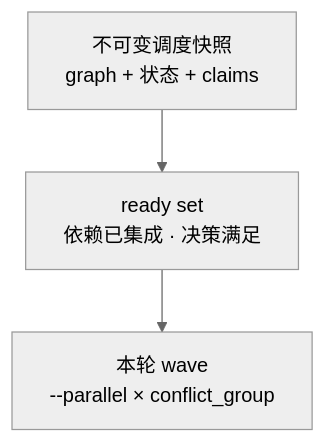
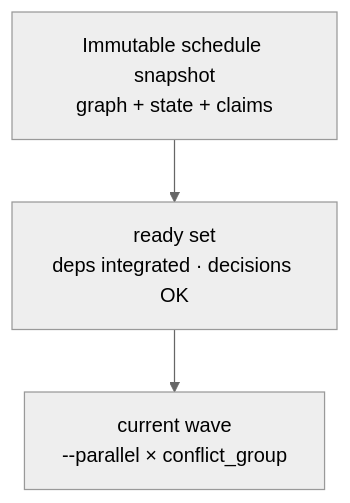
The diagram in docs/images/diagrams/src/06b-scheduling.mmd (DandreYang/DyroEngineeringFlow), drawn with Mermaid (neutral theme) before and after one commit. The commit also changed 46 other files, not shown here.

First line of the commit message:
docs: README 内嵌中英 Mermaid 图示并移除 PNG

```diff
--- a/docs/images/diagrams/src/06b-scheduling.mmd
+++ b/docs/images/diagrams/src/06b-scheduling.mmd
@@ -1,5 +1,5 @@
 flowchart TB
-  Snap["不可变调度快照<br/>graph + 状态 + claims"]
-  Ready["ready set<br/>依赖已集成 · 决策满足"]
-  Wave["本轮 wave<br/>--parallel × conflict_group"]
+  Snap["Immutable schedule snapshot<br/>graph + state + claims"]
+  Ready["ready set<br/>deps integrated · decisions OK"]
+  Wave["current wave<br/>--parallel × conflict_group"]
   Snap --> Ready --> Wave
```
